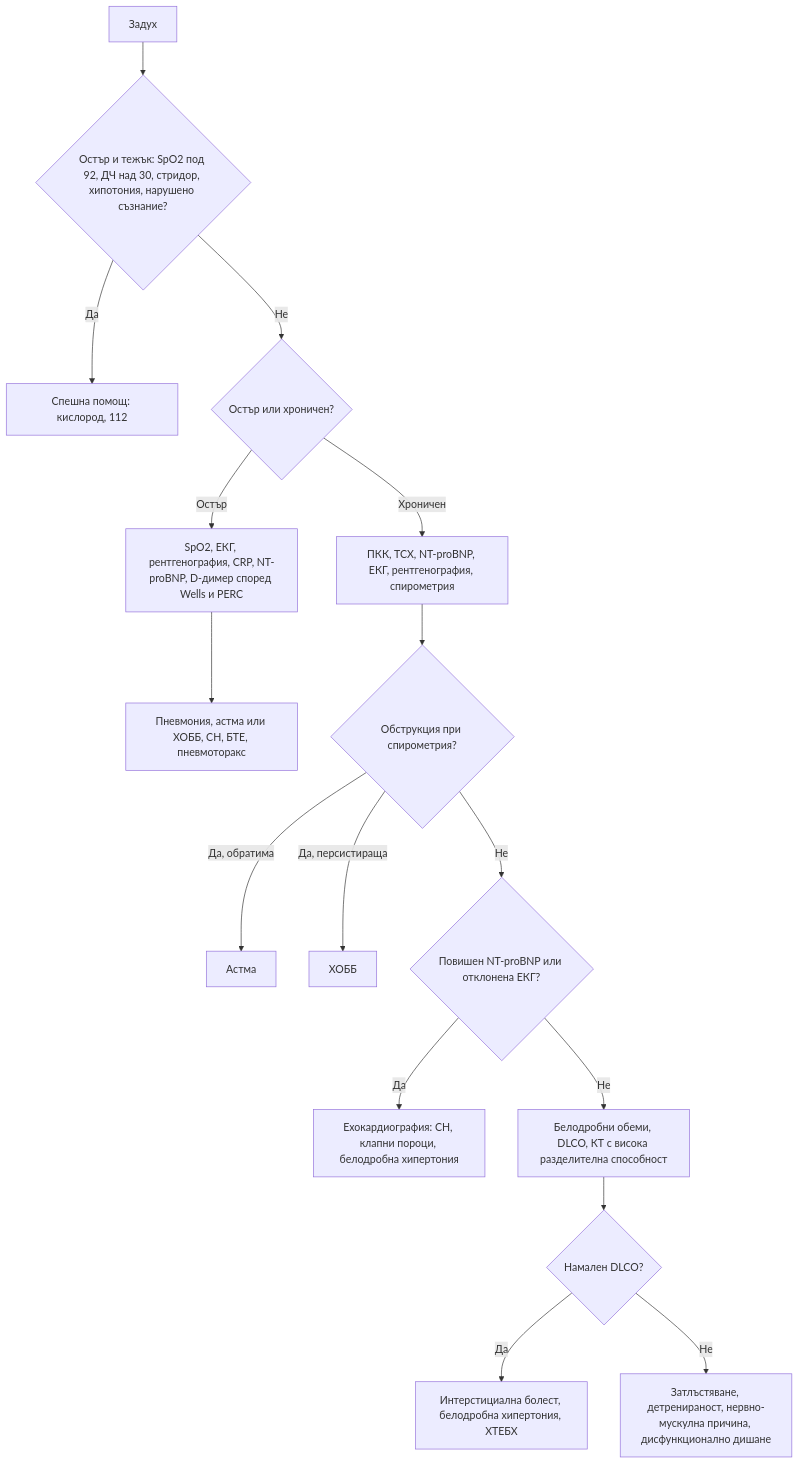
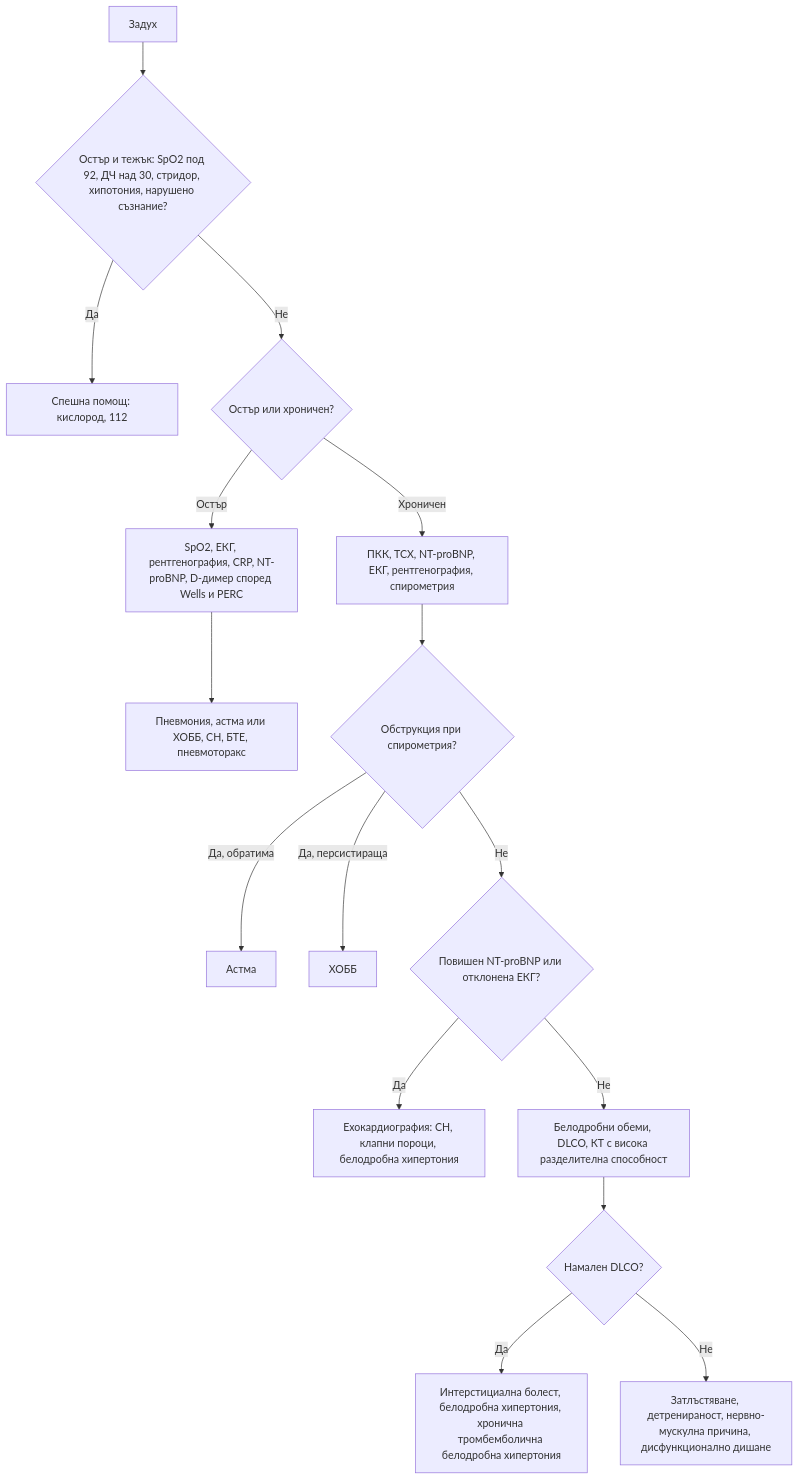
Before and after one commit to yancho26/yancho: the diagram in glavi/15-zaduh.md, drawn with Mermaid. The commit also changed other lines of this file and 46 other files, not shown here.

````diff
--- a/glavi/15-zaduh.md
+++ b/glavi/15-zaduh.md
@@ -180,18 +180,18 @@
 ```mermaid
 flowchart TD
     A["Задух"] --> B{"Остър и тежък: SpO2 под 92, ДЧ над 30, стридор, хипотония, нарушено съзнание?"}
     B -->|Да| C["Спешна помощ: кислород, 112"]
     B -->|Не| D{"Остър или хроничен?"}
     D -->|Остър| E["SpO2, ЕКГ, рентгенография, CRP, NT-proBNP, D-димер според Wells и PERC"]
     E --> F["Пневмония, астма или ХОББ, СН, БТЕ, пневмоторакс"]
     D -->|Хроничен| G["ПКК, ТСХ, NT-proBNP, ЕКГ, рентгенография, спирометрия"]
     G --> H{"Обструкция при спирометрия?"}
     H -->|Да, обратима| I["Астма"]
     H -->|Да, персистираща| J["ХОББ"]
     H -->|Не| K{"Повишен NT-proBNP или отклонена ЕКГ?"}
     K -->|Да| L["Ехокардиография: СН, клапни пороци, белодробна хипертония"]
     K -->|Не| M["Белодробни обеми, DLCO, КТ с висока разделителна способност"]
     M --> N{"Намален DLCO?"}
-    N -->|Да| O["Интерстициална болест, белодробна хипертония, ХТЕБХ"]
+    N -->|Да| O["Интерстициална болест, белодробна хипертония, хронична тромбемболична белодробна хипертония"]
     N -->|Не| P["Затлъстяване, детренираност, нервно-мускулна причина, дисфункционално дишане"]
 ```
````
